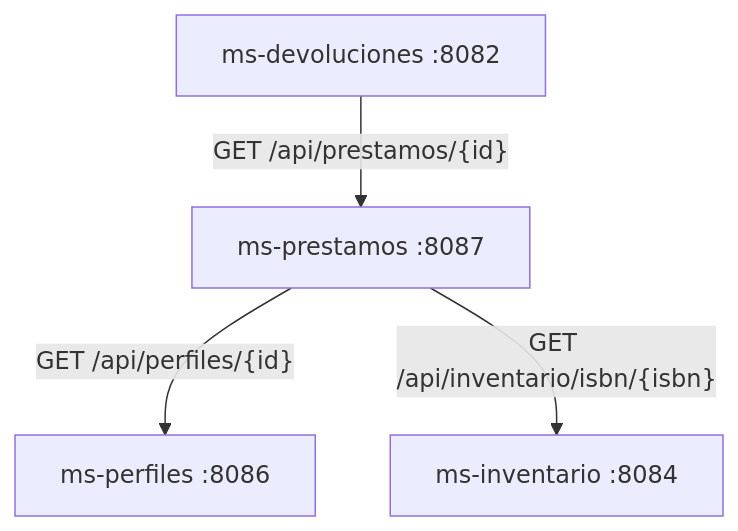
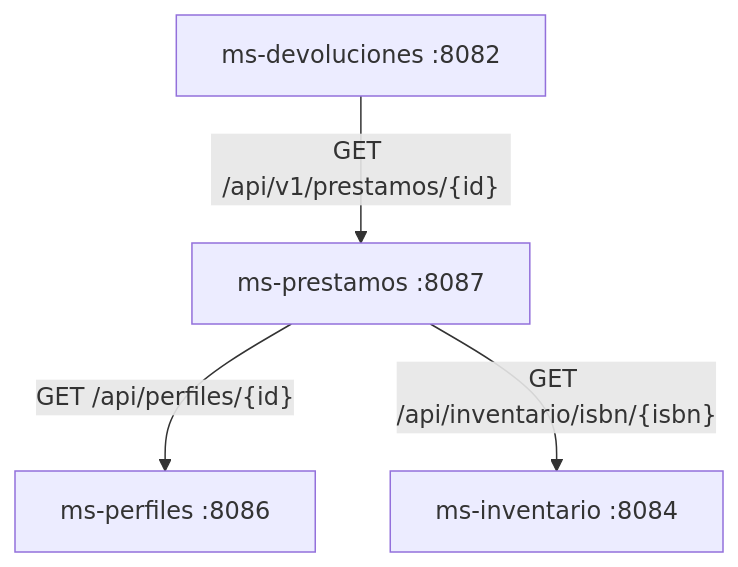
One commit to Maxijrrr/biblioteca-microservicios changed the diagram in README.md. Above: the diagram before and after it, drawn with Mermaid. The commit also changed other lines of this file and 7 other files, not shown here.

````diff
--- a/README.md
+++ b/README.md
@@ -61,11 +61,11 @@
 ```mermaid
 graph TD
     Prestamos["ms-prestamos :8087"]
     Perfiles["ms-perfiles :8086"]
     Inventario["ms-inventario :8084"]
     Devoluciones["ms-devoluciones :8082"]
 
     Prestamos -->|"GET /api/perfiles/{id}"| Perfiles
     Prestamos -->|"GET /api/inventario/isbn/{isbn}"| Inventario
-    Devoluciones -->|"GET /api/prestamos/{id}"| Prestamos
+    Devoluciones -->|"GET /api/v1/prestamos/{id}"| Prestamos
 ```
````
